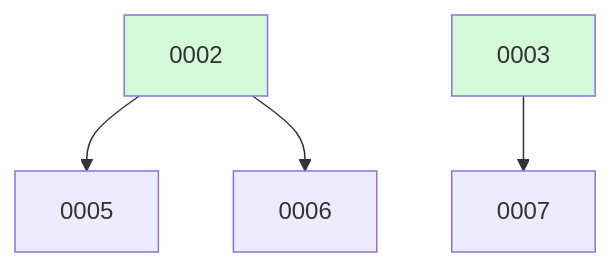
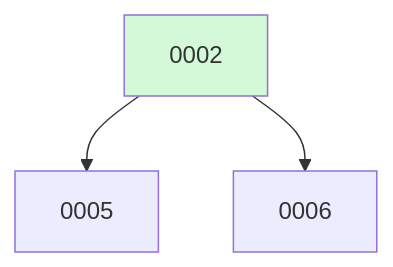
Before and after one commit to ethanhinson/fuse: the diagram in docs/changes/BOARD.md, drawn with Mermaid. The commit also changed other lines of this file, not shown here.

````diff
--- a/docs/changes/BOARD.md
+++ b/docs/changes/BOARD.md
@@ -18,9 +12,7 @@
 ```mermaid
 graph TD
   0002 --> 0005
   0002 --> 0006
-  0003 --> 0007
   0002:::done
-  0003:::done
   classDef done fill:#d3f9d8;
 ```
````
